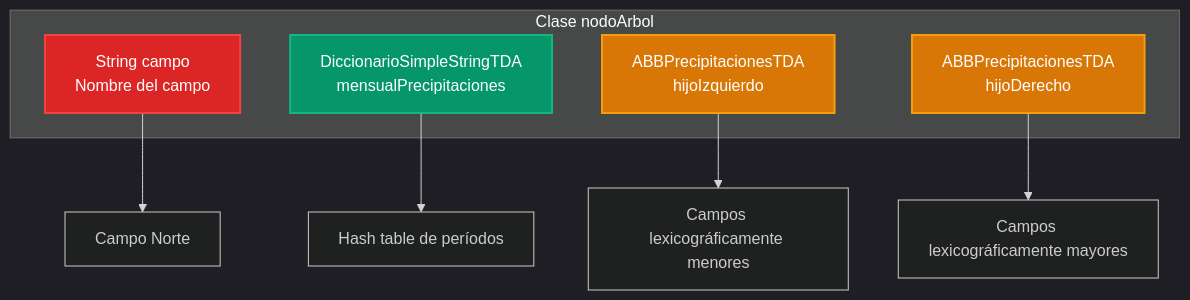
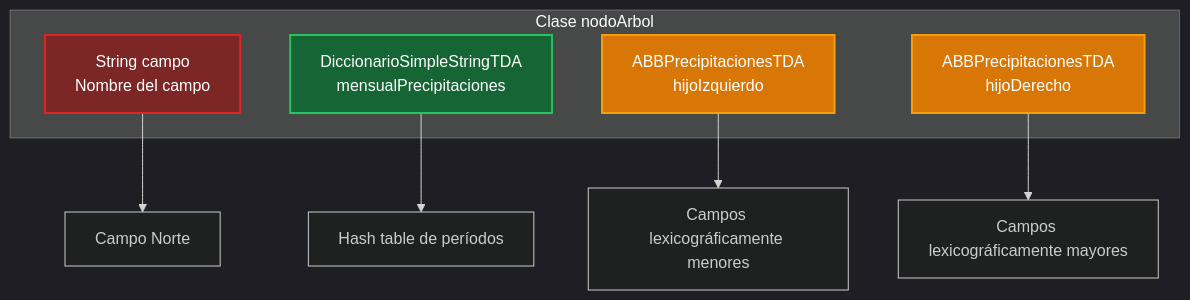
Before and after one commit to pybalt/algo2: the second of 16 diagrams in tp-final/README_IMPLEMENTACIONES.md, drawn with Mermaid. The commit also changed other lines of this file and 1 other file, not shown here.

````diff
--- a/tp-final/README_IMPLEMENTACIONES.md
+++ b/tp-final/README_IMPLEMENTACIONES.md
@@ -55,20 +64,20 @@
 ```mermaid
 %%{init: {'theme':'dark'}}%%
 graph TD
     subgraph "Clase nodoArbol"
         A["String campo<br/>Nombre del campo"]
         B["DiccionarioSimpleStringTDA<br/>mensualPrecipitaciones"]
         C["ABBPrecipitacionesTDA<br/>hijoIzquierdo"]
         D["ABBPrecipitacionesTDA<br/>hijoDerecho"]
     end
     
     A --> E["Campo Norte"]
     B --> F["Hash table de períodos"]
     C --> G["Campos lexicográficamente menores"]
     D --> H["Campos lexicográficamente mayores"]
     
-    style A fill:#dc2626,stroke:#ef4444,stroke-width:2px,color:#fff
-    style B fill:#059669,stroke:#10b981,stroke-width:2px,color:#fff
-    style C fill:#d97706,stroke:#f59e0b,stroke-width:2px,color:#fff
-    style D fill:#d97706,stroke:#f59e0b,stroke-width:2px,color:#fff
+    style A fill:#7c2626,stroke:#dc2626,stroke-width:2px,color:#ffffff
+    style B fill:#166534,stroke:#22c55e,stroke-width:2px,color:#ffffff
+    style C fill:#d97706,stroke:#f59e0b,stroke-width:2px,color:#ffffff
+    style D fill:#d97706,stroke:#f59e0b,stroke-width:2px,color:#ffffff
 ```
````
